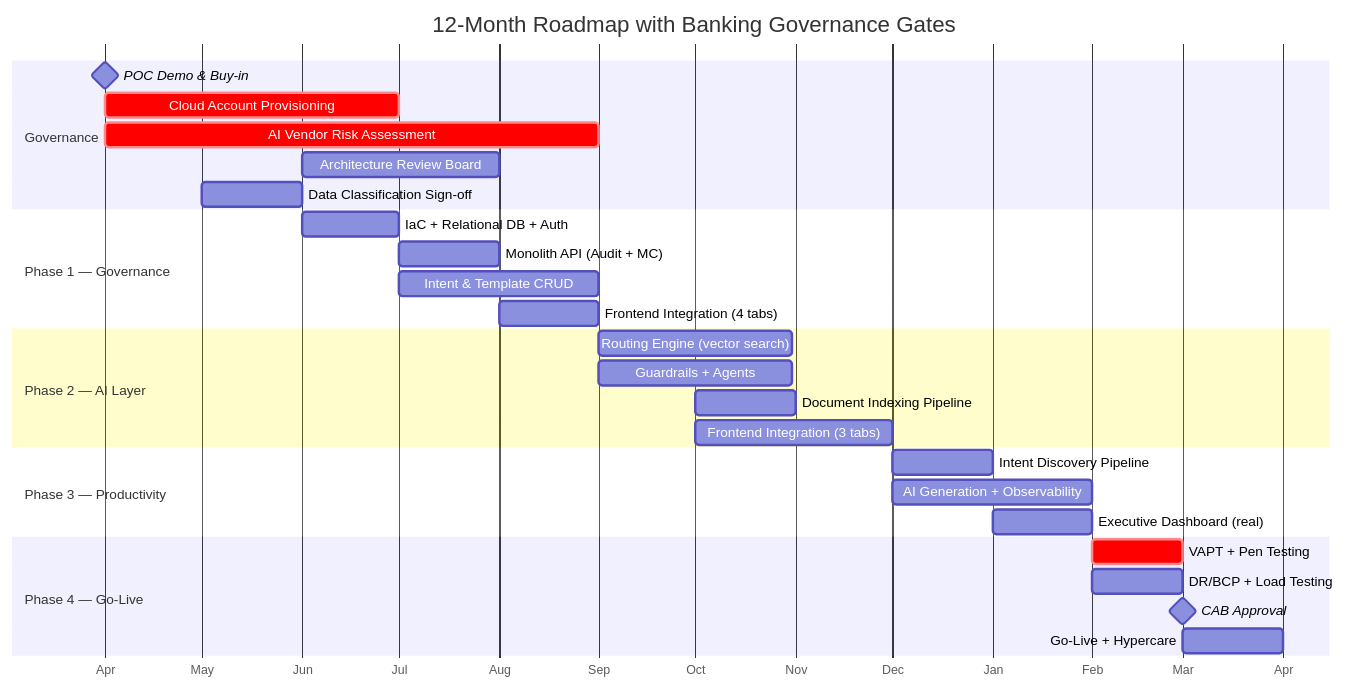
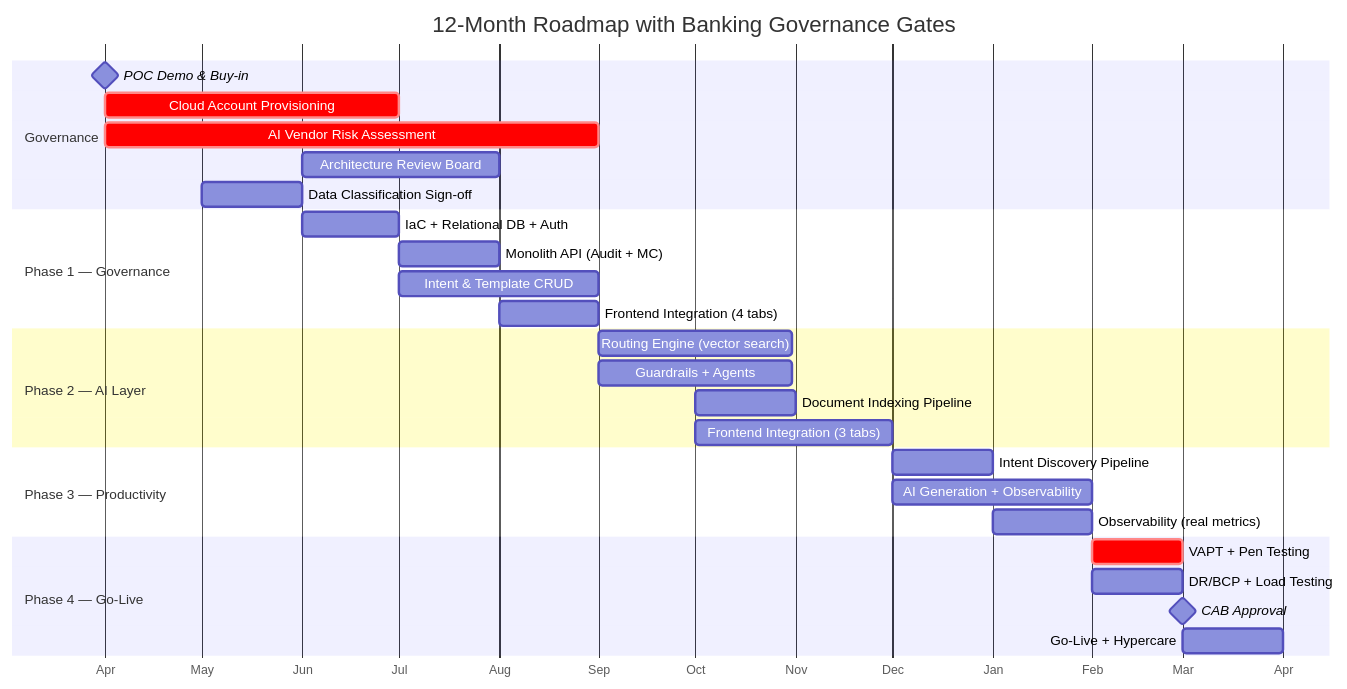
Before and after one commit to xiaodoushabing/chatbot-chat: the tenth of 14 diagrams in docs/STRATEGY_VENDOR_AGNOSTIC.md, drawn with Mermaid. The commit also changed other lines of this file and 12 other files, not shown here.

````diff
--- a/docs/STRATEGY_VENDOR_AGNOSTIC.md
+++ b/docs/STRATEGY_VENDOR_AGNOSTIC.md
@@ -530,36 +593,36 @@
 ```mermaid
 gantt
     title 12-Month Roadmap with Banking Governance Gates
     dateFormat YYYY-MM
     axisFormat %b
 
     section Governance
     POC Demo & Buy-in              :milestone, m0, 2026-04, 0d
     Cloud Account Provisioning     :crit, cloud, 2026-04, 2026-07
     AI Vendor Risk Assessment      :crit, ai_risk, 2026-04, 2026-09
     Architecture Review Board      :arb, 2026-06, 2026-08
     Data Classification Sign-off   :dataclass, 2026-05, 2026-06
 
     section Phase 1 — Governance
     IaC + Relational DB + Auth     :p1a, 2026-06, 2026-07
     Monolith API (Audit + MC)      :p1b, 2026-07, 2026-08
     Intent & Template CRUD         :p1c, 2026-07, 2026-09
     Frontend Integration (4 tabs)  :p1d, 2026-08, 2026-09
 
     section Phase 2 — AI Layer
     Routing Engine (vector search) :p2a, after ai_risk, 60d
     Guardrails + Agents            :p2b, after ai_risk, 60d
     Document Indexing Pipeline     :p2c, 2026-10, 2026-11
     Frontend Integration (3 tabs)  :p2d, 2026-10, 2026-12
 
     section Phase 3 — Productivity
     Intent Discovery Pipeline      :p3a, 2026-12, 2027-01
     AI Generation + Observability  :p3b, 2026-12, 2027-02
-    Executive Dashboard (real)     :p3c, 2027-01, 2027-02
+    Observability (real metrics)   :p3c, 2027-01, 2027-02
 
     section Phase 4 — Go-Live
     VAPT + Pen Testing             :crit, vapt, 2027-02, 2027-03
     DR/BCP + Load Testing          :dr, 2027-02, 2027-03
     CAB Approval                   :milestone, cab, 2027-03, 0d
     Go-Live + Hypercare            :golive, 2027-03, 2027-04
 ```
````
